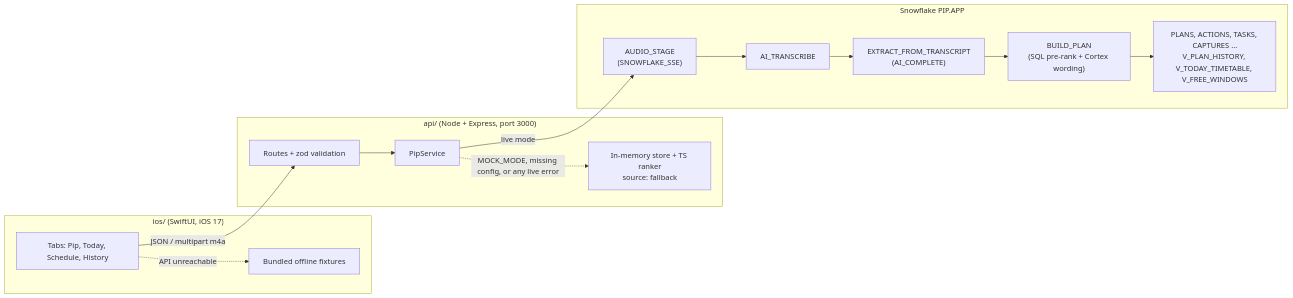
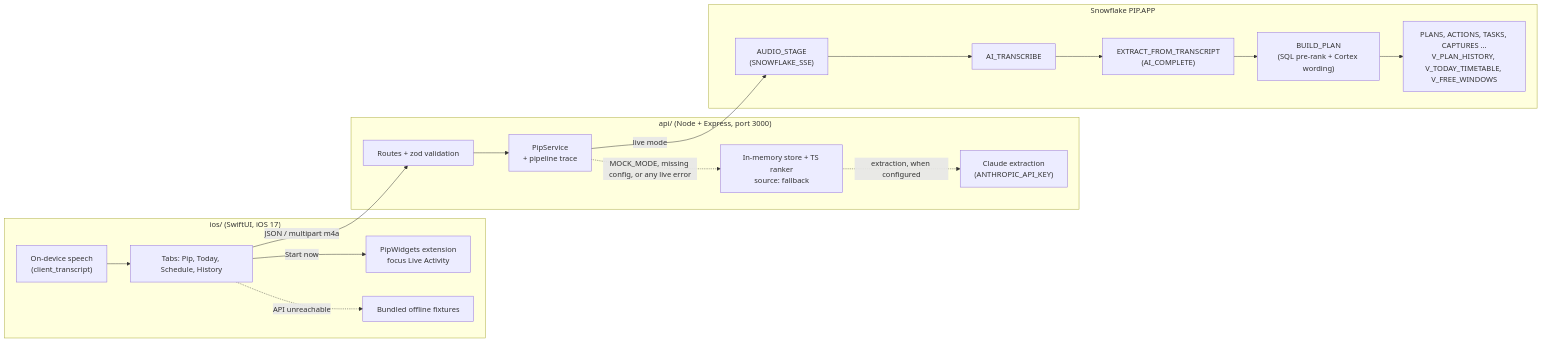
Before and after one commit to rayanali2/pip-pivothacks: the diagram in README.md, drawn with Mermaid. The commit also changed other lines of this file and 64 other files, not shown here.

First line of the commit message:
Judge features: pipeline reveal, day timeline, do-now stakes, talking Pip, focus + Live Activity

````diff
--- a/README.md
+++ b/README.md
@@ -9,23 +9,29 @@
 ```mermaid
 flowchart LR
   subgraph IOS["ios/ (SwiftUI, iOS 17)"]
     APP["Tabs: Pip, Today, Schedule, History"]
+    STT["On-device speech<br/>(client_transcript)"]
+    LA["PipWidgets extension<br/>focus Live Activity"]
     FIX["Bundled offline fixtures"]
   end
   subgraph API["api/ (Node + Express, port 3000)"]
     ROUTES["Routes + zod validation"]
-    SVC["PipService"]
+    SVC["PipService<br/>+ pipeline trace"]
     MEM["In-memory store + TS ranker<br/>source: fallback"]
+    CL["Claude extraction<br/>(ANTHROPIC_API_KEY)"]
   end
   subgraph SF["Snowflake PIP.APP"]
     STAGE["AUDIO_STAGE<br/>(SNOWFLAKE_SSE)"]
     TR["AI_TRANSCRIBE"]
     EX["EXTRACT_FROM_TRANSCRIPT<br/>(AI_COMPLETE)"]
     BP["BUILD_PLAN<br/>(SQL pre-rank + Cortex wording)"]
     TBL["PLANS, ACTIONS, TASKS, CAPTURES ...<br/>V_PLAN_HISTORY, V_TODAY_TIMETABLE, V_FREE_WINDOWS"]
   end
+  STT --> APP
   APP -- "JSON / multipart m4a" --> ROUTES --> SVC
   SVC -- "live mode" --> STAGE --> TR --> EX --> BP --> TBL
   SVC -. "MOCK_MODE, missing config, or any live error" .-> MEM
+  MEM -. "extraction, when configured" .-> CL
+  APP -- "Start now" --> LA
   APP -. "API unreachable" .-> FIX
 ```
````
